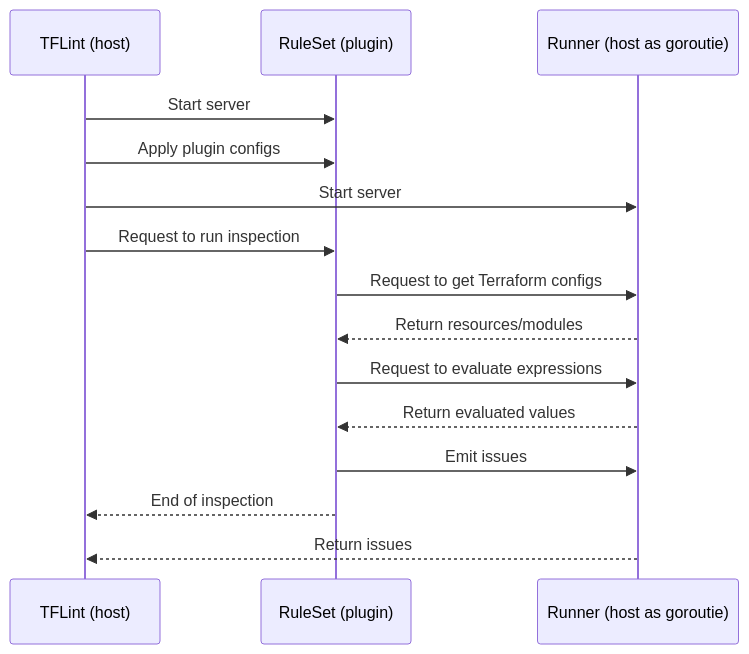
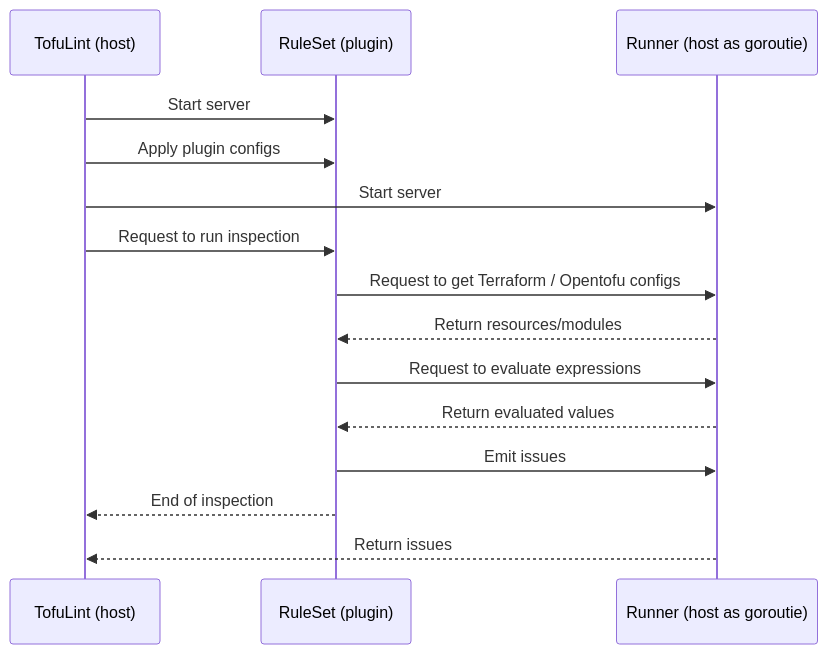
Before and after one commit to arsiba/tofulint: the second of 2 diagrams in docs/developer-guide/architecture.md, drawn with Mermaid. The commit also changed other lines of this file and 4 other files, not shown here.

````diff
--- a/docs/developer-guide/architecture.md
+++ b/docs/developer-guide/architecture.md
@@ -114,17 +114,17 @@
 ```mermaid
 sequenceDiagram
-  participant TFLint as TFLint (host)
+  participant TofuLint as TofuLint (host)
   participant RuleSet as RuleSet (plugin)
   participant Runner as Runner (host as goroutie)
-  TFLint->>RuleSet: Start server
-  TFLint->>RuleSet: Apply plugin configs
-  TFLint->>Runner: Start server
-  TFLint->>RuleSet: Request to run inspection
-  RuleSet->>Runner: Request to get Terraform configs
+  TofuLint->>RuleSet: Start server
+  TofuLint->>RuleSet: Apply plugin configs
+  TofuLint->>Runner: Start server
+  TofuLint->>RuleSet: Request to run inspection
+  RuleSet->>Runner: Request to get Terraform / Opentofu configs
   Runner-->>RuleSet: Return resources/modules
   RuleSet->>Runner: Request to evaluate expressions
   Runner-->>RuleSet: Return evaluated values
   RuleSet->>Runner: Emit issues
-  RuleSet-->>TFLint: End of inspection
-  Runner-->>TFLint: Return issues
+  RuleSet-->>TofuLint: End of inspection
+  Runner-->>TofuLint: Return issues
 ```
````
